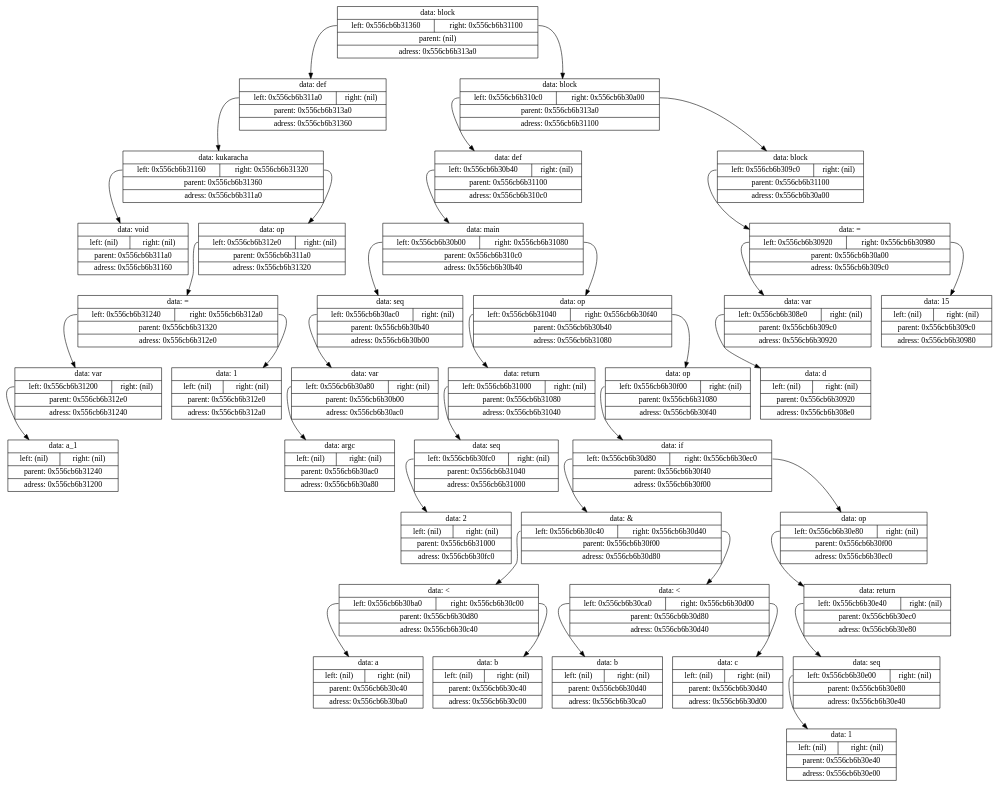
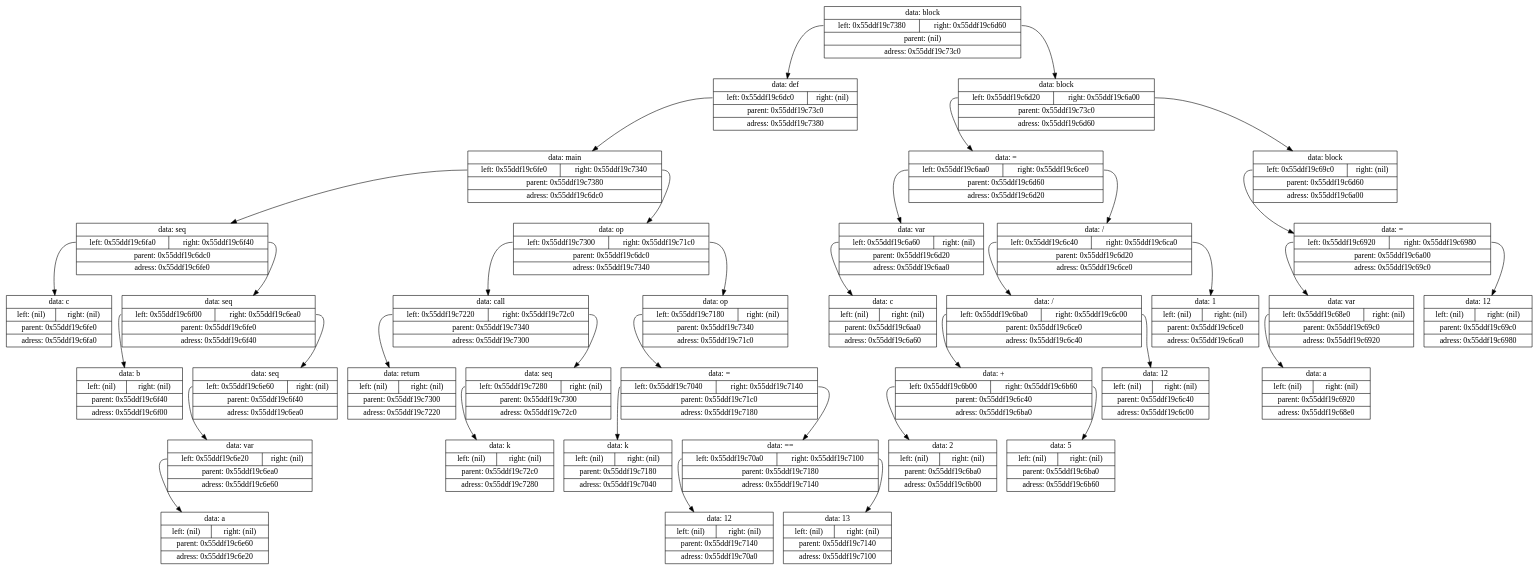
One commit to Shishqa/MIPT_1sem_C_lang changed the diagram in Projects/9.Translator/log/tmp/tempautogeneratedlog.gv. Above: the diagram before and after it, drawn with Graphviz. The commit also changed 7 other files, not shown here.

```diff
--- a/Projects/9.Translator/log/tmp/tempautogeneratedlog.gv
+++ b/Projects/9.Translator/log/tmp/tempautogeneratedlog.gv
@@ -1,77 +1,77 @@
 digraph dump
 {
-	node0x556cb6b313a0 [shape = "record", label = "{<f1>data: block|{<f2>left: 0x556cb6b31360|<f3>right: 0x556cb6b31100}|<f4>parent: (nil)|<f5>adress: 0x556cb6b313a0}"];
-	node0x556cb6b31360 [shape = "record", label = "{<f1>data: def|{<f2>left: 0x556cb6b311a0|<f3>right: (nil)}|<f4>parent: 0x556cb6b313a0|<f5>adress: 0x556cb6b31360}"];
-	node0x556cb6b311a0 [shape = "record", label = "{<f1>data: kukaracha|{<f2>left: 0x556cb6b31160|<f3>right: 0x556cb6b31320}|<f4>parent: 0x556cb6b31360|<f5>adress: 0x556cb6b311a0}"];
-	node0x556cb6b31160 [shape = "record", label = "{<f1>data: void|{<f2>left: (nil)|<f3>right: (nil)}|<f4>parent: 0x556cb6b311a0|<f5>adress: 0x556cb6b31160}"];
-	node0x556cb6b311a0:f2 -> node0x556cb6b31160
-	node0x556cb6b31320 [shape = "record", label = "{<f1>data: op|{<f2>left: 0x556cb6b312e0|<f3>right: (nil)}|<f4>parent: 0x556cb6b311a0|<f5>adress: 0x556cb6b31320}"];
-	node0x556cb6b312e0 [shape = "record", label = "{<f1>data: =|{<f2>left: 0x556cb6b31240|<f3>right: 0x556cb6b312a0}|<f4>parent: 0x556cb6b31320|<f5>adress: 0x556cb6b312e0}"];
-	node0x556cb6b31240 [shape = "record", label = "{<f1>data: var|{<f2>left: 0x556cb6b31200|<f3>right: (nil)}|<f4>parent: 0x556cb6b312e0|<f5>adress: 0x556cb6b31240}"];
-	node0x556cb6b31200 [shape = "record", label = "{<f1>data: a_1|{<f2>left: (nil)|<f3>right: (nil)}|<f4>parent: 0x556cb6b31240|<f5>adress: 0x556cb6b31200}"];
-	node0x556cb6b31240:f2 -> node0x556cb6b31200
-	node0x556cb6b312e0:f2 -> node0x556cb6b31240
-	node0x556cb6b312a0 [shape = "record", label = "{<f1>data: 1|{<f2>left: (nil)|<f3>right: (nil)}|<f4>parent: 0x556cb6b312e0|<f5>adress: 0x556cb6b312a0}"];
-	node0x556cb6b312e0:f3 -> node0x556cb6b312a0
-	node0x556cb6b31320:f2 -> node0x556cb6b312e0
-	node0x556cb6b311a0:f3 -> node0x556cb6b31320
-	node0x556cb6b31360:f2 -> node0x556cb6b311a0
-	node0x556cb6b313a0:f2 -> node0x556cb6b31360
-	node0x556cb6b31100 [shape = "record", label = "{<f1>data: block|{<f2>left: 0x556cb6b310c0|<f3>right: 0x556cb6b30a00}|<f4>parent: 0x556cb6b313a0|<f5>adress: 0x556cb6b31100}"];
-	node0x556cb6b310c0 [shape = "record", label = "{<f1>data: def|{<f2>left: 0x556cb6b30b40|<f3>right: (nil)}|<f4>parent: 0x556cb6b31100|<f5>adress: 0x556cb6b310c0}"];
-	node0x556cb6b30b40 [shape = "record", label = "{<f1>data: main|{<f2>left: 0x556cb6b30b00|<f3>right: 0x556cb6b31080}|<f4>parent: 0x556cb6b310c0|<f5>adress: 0x556cb6b30b40}"];
-	node0x556cb6b30b00 [shape = "record", label = "{<f1>data: seq|{<f2>left: 0x556cb6b30ac0|<f3>right: (nil)}|<f4>parent: 0x556cb6b30b40|<f5>adress: 0x556cb6b30b00}"];
-	node0x556cb6b30ac0 [shape = "record", label = "{<f1>data: var|{<f2>left: 0x556cb6b30a80|<f3>right: (nil)}|<f4>parent: 0x556cb6b30b00|<f5>adress: 0x556cb6b30ac0}"];
-	node0x556cb6b30a80 [shape = "record", label = "{<f1>data: argc|{<f2>left: (nil)|<f3>right: (nil)}|<f4>parent: 0x556cb6b30ac0|<f5>adress: 0x556cb6b30a80}"];
-	node0x556cb6b30ac0:f2 -> node0x556cb6b30a80
-	node0x556cb6b30b00:f2 -> node0x556cb6b30ac0
-	node0x556cb6b30b40:f2 -> node0x556cb6b30b00
-	node0x556cb6b31080 [shape = "record", label = "{<f1>data: op|{<f2>left: 0x556cb6b31040|<f3>right: 0x556cb6b30f40}|<f4>parent: 0x556cb6b30b40|<f5>adress: 0x556cb6b31080}"];
-	node0x556cb6b31040 [shape = "record", label = "{<f1>data: return|{<f2>left: 0x556cb6b31000|<f3>right: (nil)}|<f4>parent: 0x556cb6b31080|<f5>adress: 0x556cb6b31040}"];
-	node0x556cb6b31000 [shape = "record", label = "{<f1>data: seq|{<f2>left: 0x556cb6b30fc0|<f3>right: (nil)}|<f4>parent: 0x556cb6b31040|<f5>adress: 0x556cb6b31000}"];
-	node0x556cb6b30fc0 [shape = "record", label = "{<f1>data: 2|{<f2>left: (nil)|<f3>right: (nil)}|<f4>parent: 0x556cb6b31000|<f5>adress: 0x556cb6b30fc0}"];
-	node0x556cb6b31000:f2 -> node0x556cb6b30fc0
-	node0x556cb6b31040:f2 -> node0x556cb6b31000
-	node0x556cb6b31080:f2 -> node0x556cb6b31040
-	node0x556cb6b30f40 [shape = "record", label = "{<f1>data: op|{<f2>left: 0x556cb6b30f00|<f3>right: (nil)}|<f4>parent: 0x556cb6b31080|<f5>adress: 0x556cb6b30f40}"];
-	node0x556cb6b30f00 [shape = "record", label = "{<f1>data: if|{<f2>left: 0x556cb6b30d80|<f3>right: 0x556cb6b30ec0}|<f4>parent: 0x556cb6b30f40|<f5>adress: 0x556cb6b30f00}"];
-	node0x556cb6b30d80 [shape = "record", label = "{<f1>data: &|{<f2>left: 0x556cb6b30c40|<f3>right: 0x556cb6b30d40}|<f4>parent: 0x556cb6b30f00|<f5>adress: 0x556cb6b30d80}"];
-	node0x556cb6b30c40 [shape = "record", label = "{<f1>data: \<|{<f2>left: 0x556cb6b30ba0|<f3>right: 0x556cb6b30c00}|<f4>parent: 0x556cb6b30d80|<f5>adress: 0x556cb6b30c40}"];
-	node0x556cb6b30ba0 [shape = "record", label = "{<f1>data: a|{<f2>left: (nil)|<f3>right: (nil)}|<f4>parent: 0x556cb6b30c40|<f5>adress: 0x556cb6b30ba0}"];
-	node0x556cb6b30c40:f2 -> node0x556cb6b30ba0
-	node0x556cb6b30c00 [shape = "record", label = "{<f1>data: b|{<f2>left: (nil)|<f3>right: (nil)}|<f4>parent: 0x556cb6b30c40|<f5>adress: 0x556cb6b30c00}"];
-	node0x556cb6b30c40:f3 -> node0x556cb6b30c00
-	node0x556cb6b30d80:f2 -> node0x556cb6b30c40
-	node0x556cb6b30d40 [shape = "record", label = "{<f1>data: \<|{<f2>left: 0x556cb6b30ca0|<f3>right: 0x556cb6b30d00}|<f4>parent: 0x556cb6b30d80|<f5>adress: 0x556cb6b30d40}"];
-	node0x556cb6b30ca0 [shape = "record", label = "{<f1>data: b|{<f2>left: (nil)|<f3>right: (nil)}|<f4>parent: 0x556cb6b30d40|<f5>adress: 0x556cb6b30ca0}"];
-	node0x556cb6b30d40:f2 -> node0x556cb6b30ca0
-	node0x556cb6b30d00 [shape = "record", label = "{<f1>data: c|{<f2>left: (nil)|<f3>right: (nil)}|<f4>parent: 0x556cb6b30d40|<f5>adress: 0x556cb6b30d00}"];
-	node0x556cb6b30d40:f3 -> node0x556cb6b30d00
-	node0x556cb6b30d80:f3 -> node0x556cb6b30d40
-	node0x556cb6b30f00:f2 -> node0x556cb6b30d80
-	node0x556cb6b30ec0 [shape = "record", label = "{<f1>data: op|{<f2>left: 0x556cb6b30e80|<f3>right: (nil)}|<f4>parent: 0x556cb6b30f00|<f5>adress: 0x556cb6b30ec0}"];
-	node0x556cb6b30e80 [shape = "record", label = "{<f1>data: return|{<f2>left: 0x556cb6b30e40|<f3>right: (nil)}|<f4>parent: 0x556cb6b30ec0|<f5>adress: 0x556cb6b30e80}"];
-	node0x556cb6b30e40 [shape = "record", label = "{<f1>data: seq|{<f2>left: 0x556cb6b30e00|<f3>right: (nil)}|<f4>parent: 0x556cb6b30e80|<f5>adress: 0x556cb6b30e40}"];
-	node0x556cb6b30e00 [shape = "record", label = "{<f1>data: 1|{<f2>left: (nil)|<f3>right: (nil)}|<f4>parent: 0x556cb6b30e40|<f5>adress: 0x556cb6b30e00}"];
-	node0x556cb6b30e40:f2 -> node0x556cb6b30e00
-	node0x556cb6b30e80:f2 -> node0x556cb6b30e40
-	node0x556cb6b30ec0:f2 -> node0x556cb6b30e80
-	node0x556cb6b30f00:f3 -> node0x556cb6b30ec0
-	node0x556cb6b30f40:f2 -> node0x556cb6b30f00
-	node0x556cb6b31080:f3 -> node0x556cb6b30f40
-	node0x556cb6b30b40:f3 -> node0x556cb6b31080
-	node0x556cb6b310c0:f2 -> node0x556cb6b30b40
-	node0x556cb6b31100:f2 -> node0x556cb6b310c0
-	node0x556cb6b30a00 [shape = "record", label = "{<f1>data: block|{<f2>left: 0x556cb6b309c0|<f3>right: (nil)}|<f4>parent: 0x556cb6b31100|<f5>adress: 0x556cb6b30a00}"];
-	node0x556cb6b309c0 [shape = "record", label = "{<f1>data: =|{<f2>left: 0x556cb6b30920|<f3>right: 0x556cb6b30980}|<f4>parent: 0x556cb6b30a00|<f5>adress: 0x556cb6b309c0}"];
-	node0x556cb6b30920 [shape = "record", label = "{<f1>data: var|{<f2>left: 0x556cb6b308e0|<f3>right: (nil)}|<f4>parent: 0x556cb6b309c0|<f5>adress: 0x556cb6b30920}"];
-	node0x556cb6b308e0 [shape = "record", label = "{<f1>data: d|{<f2>left: (nil)|<f3>right: (nil)}|<f4>parent: 0x556cb6b30920|<f5>adress: 0x556cb6b308e0}"];
-	node0x556cb6b30920:f2 -> node0x556cb6b308e0
-	node0x556cb6b309c0:f2 -> node0x556cb6b30920
-	node0x556cb6b30980 [shape = "record", label = "{<f1>data: 15|{<f2>left: (nil)|<f3>right: (nil)}|<f4>parent: 0x556cb6b309c0|<f5>adress: 0x556cb6b30980}"];
-	node0x556cb6b309c0:f3 -> node0x556cb6b30980
-	node0x556cb6b30a00:f2 -> node0x556cb6b309c0
-	node0x556cb6b31100:f3 -> node0x556cb6b30a00
-	node0x556cb6b313a0:f3 -> node0x556cb6b31100
+	node0x55ddf19c73c0 [shape = "record", label = "{<f1>data: block|{<f2>left: 0x55ddf19c7380|<f3>right: 0x55ddf19c6d60}|<f4>parent: (nil)|<f5>adress: 0x55ddf19c73c0}"];
+	node0x55ddf19c7380 [shape = "record", label = "{<f1>data: def|{<f2>left: 0x55ddf19c6dc0|<f3>right: (nil)}|<f4>parent: 0x55ddf19c73c0|<f5>adress: 0x55ddf19c7380}"];
+	node0x55ddf19c6dc0 [shape = "record", label = "{<f1>data: main|{<f2>left: 0x55ddf19c6fe0|<f3>right: 0x55ddf19c7340}|<f4>parent: 0x55ddf19c7380|<f5>adress: 0x55ddf19c6dc0}"];
+	node0x55ddf19c6fe0 [shape = "record", label = "{<f1>data: seq|{<f2>left: 0x55ddf19c6fa0|<f3>right: 0x55ddf19c6f40}|<f4>parent: 0x55ddf19c6dc0|<f5>adress: 0x55ddf19c6fe0}"];
+	node0x55ddf19c6fa0 [shape = "record", label = "{<f1>data: c|{<f2>left: (nil)|<f3>right: (nil)}|<f4>parent: 0x55ddf19c6fe0|<f5>adress: 0x55ddf19c6fa0}"];
+	node0x55ddf19c6fe0:f2 -> node0x55ddf19c6fa0
+	node0x55ddf19c6f40 [shape = "record", label = "{<f1>data: seq|{<f2>left: 0x55ddf19c6f00|<f3>right: 0x55ddf19c6ea0}|<f4>parent: 0x55ddf19c6fe0|<f5>adress: 0x55ddf19c6f40}"];
+	node0x55ddf19c6f00 [shape = "record", label = "{<f1>data: b|{<f2>left: (nil)|<f3>right: (nil)}|<f4>parent: 0x55ddf19c6f40|<f5>adress: 0x55ddf19c6f00}"];
+	node0x55ddf19c6f40:f2 -> node0x55ddf19c6f00
+	node0x55ddf19c6ea0 [shape = "record", label = "{<f1>data: seq|{<f2>left: 0x55ddf19c6e60|<f3>right: (nil)}|<f4>parent: 0x55ddf19c6f40|<f5>adress: 0x55ddf19c6ea0}"];
+	node0x55ddf19c6e60 [shape = "record", label = "{<f1>data: var|{<f2>left: 0x55ddf19c6e20|<f3>right: (nil)}|<f4>parent: 0x55ddf19c6ea0|<f5>adress: 0x55ddf19c6e60}"];
+	node0x55ddf19c6e20 [shape = "record", label = "{<f1>data: a|{<f2>left: (nil)|<f3>right: (nil)}|<f4>parent: 0x55ddf19c6e60|<f5>adress: 0x55ddf19c6e20}"];
+	node0x55ddf19c6e60:f2 -> node0x55ddf19c6e20
+	node0x55ddf19c6ea0:f2 -> node0x55ddf19c6e60
+	node0x55ddf19c6f40:f3 -> node0x55ddf19c6ea0
+	node0x55ddf19c6fe0:f3 -> node0x55ddf19c6f40
+	node0x55ddf19c6dc0:f2 -> node0x55ddf19c6fe0
+	node0x55ddf19c7340 [shape = "record", label = "{<f1>data: op|{<f2>left: 0x55ddf19c7300|<f3>right: 0x55ddf19c71c0}|<f4>parent: 0x55ddf19c6dc0|<f5>adress: 0x55ddf19c7340}"];
+	node0x55ddf19c7300 [shape = "record", label = "{<f1>data: call|{<f2>left: 0x55ddf19c7220|<f3>right: 0x55ddf19c72c0}|<f4>parent: 0x55ddf19c7340|<f5>adress: 0x55ddf19c7300}"];
+	node0x55ddf19c7220 [shape = "record", label = "{<f1>data: return|{<f2>left: (nil)|<f3>right: (nil)}|<f4>parent: 0x55ddf19c7300|<f5>adress: 0x55ddf19c7220}"];
+	node0x55ddf19c7300:f2 -> node0x55ddf19c7220
+	node0x55ddf19c72c0 [shape = "record", label = "{<f1>data: seq|{<f2>left: 0x55ddf19c7280|<f3>right: (nil)}|<f4>parent: 0x55ddf19c7300|<f5>adress: 0x55ddf19c72c0}"];
+	node0x55ddf19c7280 [shape = "record", label = "{<f1>data: k|{<f2>left: (nil)|<f3>right: (nil)}|<f4>parent: 0x55ddf19c72c0|<f5>adress: 0x55ddf19c7280}"];
+	node0x55ddf19c72c0:f2 -> node0x55ddf19c7280
+	node0x55ddf19c7300:f3 -> node0x55ddf19c72c0
+	node0x55ddf19c7340:f2 -> node0x55ddf19c7300
+	node0x55ddf19c71c0 [shape = "record", label = "{<f1>data: op|{<f2>left: 0x55ddf19c7180|<f3>right: (nil)}|<f4>parent: 0x55ddf19c7340|<f5>adress: 0x55ddf19c71c0}"];
+	node0x55ddf19c7180 [shape = "record", label = "{<f1>data: =|{<f2>left: 0x55ddf19c7040|<f3>right: 0x55ddf19c7140}|<f4>parent: 0x55ddf19c71c0|<f5>adress: 0x55ddf19c7180}"];
+	node0x55ddf19c7040 [shape = "record", label = "{<f1>data: k|{<f2>left: (nil)|<f3>right: (nil)}|<f4>parent: 0x55ddf19c7180|<f5>adress: 0x55ddf19c7040}"];
+	node0x55ddf19c7180:f2 -> node0x55ddf19c7040
+	node0x55ddf19c7140 [shape = "record", label = "{<f1>data: ==|{<f2>left: 0x55ddf19c70a0|<f3>right: 0x55ddf19c7100}|<f4>parent: 0x55ddf19c7180|<f5>adress: 0x55ddf19c7140}"];
+	node0x55ddf19c70a0 [shape = "record", label = "{<f1>data: 12|{<f2>left: (nil)|<f3>right: (nil)}|<f4>parent: 0x55ddf19c7140|<f5>adress: 0x55ddf19c70a0}"];
+	node0x55ddf19c7140:f2 -> node0x55ddf19c70a0
+	node0x55ddf19c7100 [shape = "record", label = "{<f1>data: 13|{<f2>left: (nil)|<f3>right: (nil)}|<f4>parent: 0x55ddf19c7140|<f5>adress: 0x55ddf19c7100}"];
+	node0x55ddf19c7140:f3 -> node0x55ddf19c7100
+	node0x55ddf19c7180:f3 -> node0x55ddf19c7140
+	node0x55ddf19c71c0:f2 -> node0x55ddf19c7180
+	node0x55ddf19c7340:f3 -> node0x55ddf19c71c0
+	node0x55ddf19c6dc0:f3 -> node0x55ddf19c7340
+	node0x55ddf19c7380:f2 -> node0x55ddf19c6dc0
+	node0x55ddf19c73c0:f2 -> node0x55ddf19c7380
+	node0x55ddf19c6d60 [shape = "record", label = "{<f1>data: block|{<f2>left: 0x55ddf19c6d20|<f3>right: 0x55ddf19c6a00}|<f4>parent: 0x55ddf19c73c0|<f5>adress: 0x55ddf19c6d60}"];
+	node0x55ddf19c6d20 [shape = "record", label = "{<f1>data: =|{<f2>left: 0x55ddf19c6aa0|<f3>right: 0x55ddf19c6ce0}|<f4>parent: 0x55ddf19c6d60|<f5>adress: 0x55ddf19c6d20}"];
+	node0x55ddf19c6aa0 [shape = "record", label = "{<f1>data: var|{<f2>left: 0x55ddf19c6a60|<f3>right: (nil)}|<f4>parent: 0x55ddf19c6d20|<f5>adress: 0x55ddf19c6aa0}"];
+	node0x55ddf19c6a60 [shape = "record", label = "{<f1>data: c|{<f2>left: (nil)|<f3>right: (nil)}|<f4>parent: 0x55ddf19c6aa0|<f5>adress: 0x55ddf19c6a60}"];
+	node0x55ddf19c6aa0:f2 -> node0x55ddf19c6a60
+	node0x55ddf19c6d20:f2 -> node0x55ddf19c6aa0
+	node0x55ddf19c6ce0 [shape = "record", label = "{<f1>data: /|{<f2>left: 0x55ddf19c6c40|<f3>right: 0x55ddf19c6ca0}|<f4>parent: 0x55ddf19c6d20|<f5>adress: 0x55ddf19c6ce0}"];
+	node0x55ddf19c6c40 [shape = "record", label = "{<f1>data: /|{<f2>left: 0x55ddf19c6ba0|<f3>right: 0x55ddf19c6c00}|<f4>parent: 0x55ddf19c6ce0|<f5>adress: 0x55ddf19c6c40}"];
+	node0x55ddf19c6ba0 [shape = "record", label = "{<f1>data: +|{<f2>left: 0x55ddf19c6b00|<f3>right: 0x55ddf19c6b60}|<f4>parent: 0x55ddf19c6c40|<f5>adress: 0x55ddf19c6ba0}"];
+	node0x55ddf19c6b00 [shape = "record", label = "{<f1>data: 2|{<f2>left: (nil)|<f3>right: (nil)}|<f4>parent: 0x55ddf19c6ba0|<f5>adress: 0x55ddf19c6b00}"];
+	node0x55ddf19c6ba0:f2 -> node0x55ddf19c6b00
+	node0x55ddf19c6b60 [shape = "record", label = "{<f1>data: 5|{<f2>left: (nil)|<f3>right: (nil)}|<f4>parent: 0x55ddf19c6ba0|<f5>adress: 0x55ddf19c6b60}"];
+	node0x55ddf19c6ba0:f3 -> node0x55ddf19c6b60
+	node0x55ddf19c6c40:f2 -> node0x55ddf19c6ba0
+	node0x55ddf19c6c00 [shape = "record", label = "{<f1>data: 12|{<f2>left: (nil)|<f3>right: (nil)}|<f4>parent: 0x55ddf19c6c40|<f5>adress: 0x55ddf19c6c00}"];
+	node0x55ddf19c6c40:f3 -> node0x55ddf19c6c00
+	node0x55ddf19c6ce0:f2 -> node0x55ddf19c6c40
+	node0x55ddf19c6ca0 [shape = "record", label = "{<f1>data: 1|{<f2>left: (nil)|<f3>right: (nil)}|<f4>parent: 0x55ddf19c6ce0|<f5>adress: 0x55ddf19c6ca0}"];
+	node0x55ddf19c6ce0:f3 -> node0x55ddf19c6ca0
+	node0x55ddf19c6d20:f3 -> node0x55ddf19c6ce0
+	node0x55ddf19c6d60:f2 -> node0x55ddf19c6d20
+	node0x55ddf19c6a00 [shape = "record", label = "{<f1>data: block|{<f2>left: 0x55ddf19c69c0|<f3>right: (nil)}|<f4>parent: 0x55ddf19c6d60|<f5>adress: 0x55ddf19c6a00}"];
+	node0x55ddf19c69c0 [shape = "record", label = "{<f1>data: =|{<f2>left: 0x55ddf19c6920|<f3>right: 0x55ddf19c6980}|<f4>parent: 0x55ddf19c6a00|<f5>adress: 0x55ddf19c69c0}"];
+	node0x55ddf19c6920 [shape = "record", label = "{<f1>data: var|{<f2>left: 0x55ddf19c68e0|<f3>right: (nil)}|<f4>parent: 0x55ddf19c69c0|<f5>adress: 0x55ddf19c6920}"];
+	node0x55ddf19c68e0 [shape = "record", label = "{<f1>data: a|{<f2>left: (nil)|<f3>right: (nil)}|<f4>parent: 0x55ddf19c6920|<f5>adress: 0x55ddf19c68e0}"];
+	node0x55ddf19c6920:f2 -> node0x55ddf19c68e0
+	node0x55ddf19c69c0:f2 -> node0x55ddf19c6920
+	node0x55ddf19c6980 [shape = "record", label = "{<f1>data: 12|{<f2>left: (nil)|<f3>right: (nil)}|<f4>parent: 0x55ddf19c69c0|<f5>adress: 0x55ddf19c6980}"];
+	node0x55ddf19c69c0:f3 -> node0x55ddf19c6980
+	node0x55ddf19c6a00:f2 -> node0x55ddf19c69c0
+	node0x55ddf19c6d60:f3 -> node0x55ddf19c6a00
+	node0x55ddf19c73c0:f3 -> node0x55ddf19c6d60
 
 }
```
